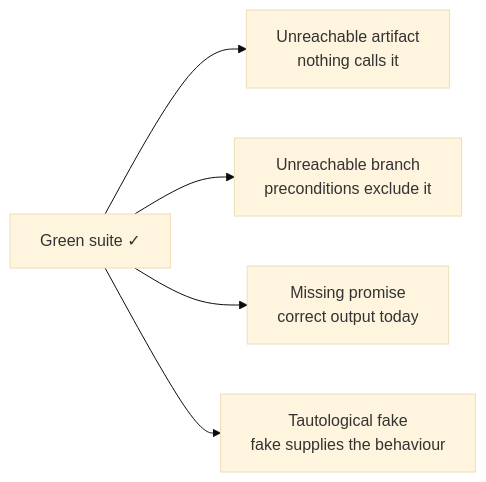
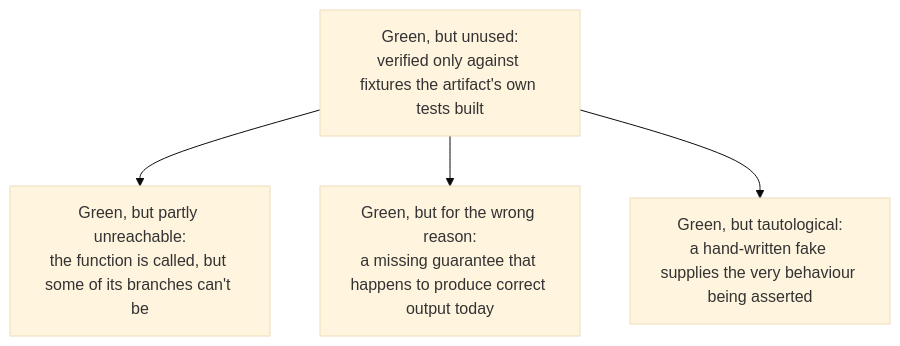
The second of 3 diagrams in src/content/docs/vi/engineering/testing.md (stemolly/wiki), drawn with Mermaid (base theme) before and after one commit. The commit also changed other lines of this file and 51 other files, not shown here.

````diff
--- a/src/content/docs/vi/engineering/testing.md
+++ b/src/content/docs/vi/engineering/testing.md
@@ -30,7 +82,6 @@
 ```mermaid
-graph LR
-    G["Green suite ✓"] --> A["Unreachable artifact<br/>nothing calls it"]
-    G --> B["Unreachable branch<br/>preconditions exclude it"]
-    G --> C["Missing promise<br/>correct output today"]
-    G --> D["Tautological fake<br/>fake supplies the behaviour"]
+flowchart TD
+    A["Green, but unused:<br/>verified only against fixtures the artifact's own tests built"] --> B["Green, but partly unreachable:<br/>the function is called, but some of its branches can't be"]
+    A --> C["Green, but for the wrong reason:<br/>a missing guarantee that happens to produce correct output today"]
+    A --> D["Green, but tautological:<br/>a hand-written fake supplies the very behaviour being asserted"]
 ```
````
